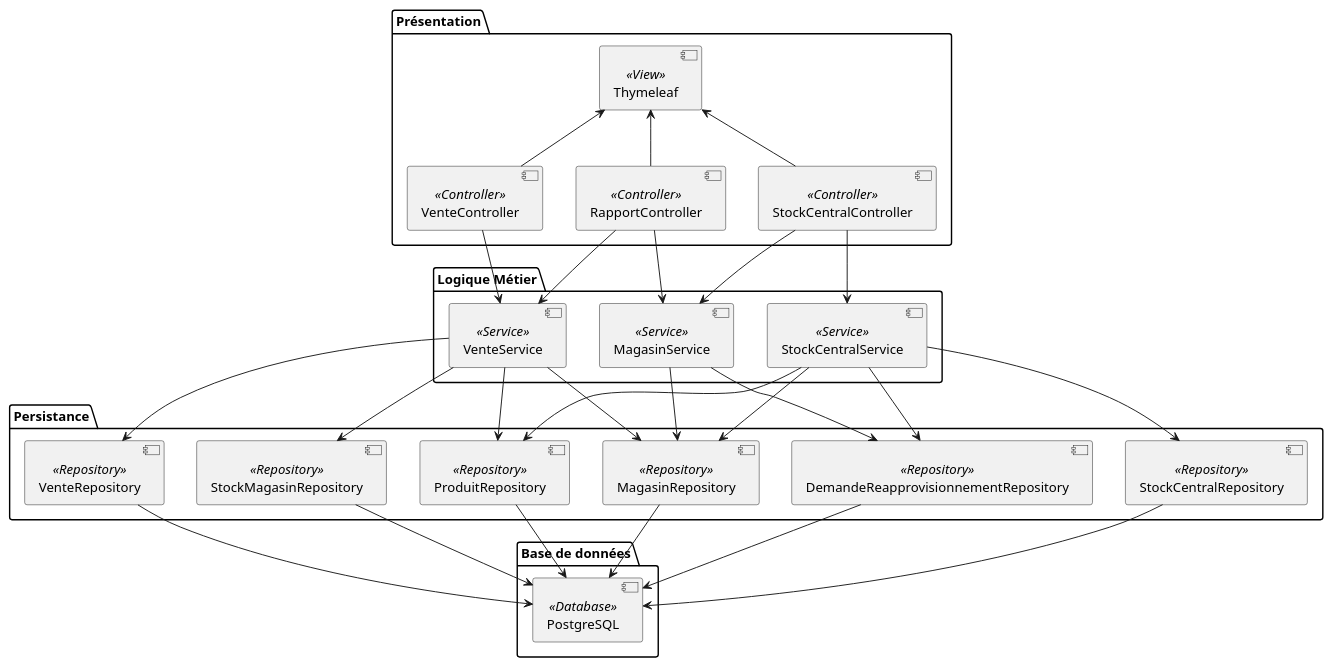
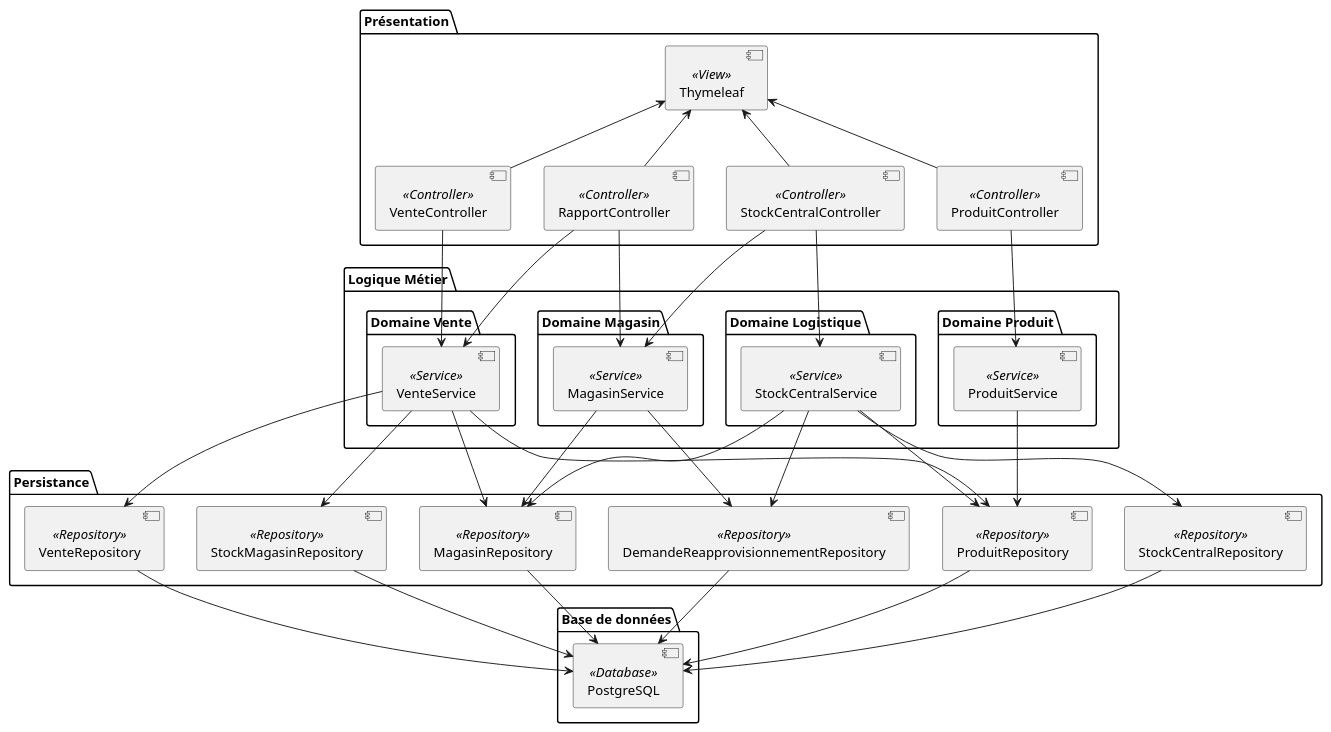
One commit to Anass1707/LOG430-labos changed the diagram in docs/UML/diagrammeComposants.puml. Above: the diagram before and after it, drawn with PlantUML. The commit also changed 4 other files, not shown here.

Commit message:
maj du rapport et ajustement diagramme de composants

```diff
--- a/docs/UML/diagrammeComposants.puml
+++ b/docs/UML/diagrammeComposants.puml
@@ -1,55 +1,68 @@
 @startuml
 
 package "Présentation" {
   [VenteController] <<Controller>>
   [RapportController] <<Controller>>
   [StockCentralController] <<Controller>>
+  [ProduitController] <<Controller>>
   [Thymeleaf] <<View>>
 }
 
 package "Logique Métier" {
-  [MagasinService] <<Service>>
-  [StockCentralService] <<Service>>
-  [VenteService] <<Service>>
+  package "Domaine Magasin" {
+    [MagasinService] <<Service>>
+  }
+  package "Domaine Logistique" {
+    [StockCentralService] <<Service>>
+  }
+  package "Domaine Vente" {
+    [VenteService] <<Service>>
+  }
+  package "Domaine Produit" {
+    [ProduitService] <<Service>>
+  }
 }
 
 package "Persistance" {
   [MagasinRepository] <<Repository>>
   [VenteRepository] <<Repository>>
   [StockCentralRepository] <<Repository>>
   [DemandeReapprovisionnementRepository] <<Repository>>
   [ProduitRepository] <<Repository>>
   [StockMagasinRepository] <<Repository>>
 }
 package "Base de données" {
   [PostgreSQL] <<Database>>
 }
 [VenteController] -up-> [Thymeleaf]
 [RapportController] -up-> [Thymeleaf]
 [StockCentralController] -up-> [Thymeleaf]
+[ProduitController] -up-> [Thymeleaf]
 
 [VenteController] --> [VenteService]
 [RapportController] --> [MagasinService]
 [StockCentralController] --> [MagasinService]
 [RapportController] --> [VenteService]
 [StockCentralController] --> [StockCentralService]
+[ProduitController] --> [ProduitService]
 
 
 [MagasinService] --> [MagasinRepository]
 [MagasinService] --> [DemandeReapprovisionnementRepository]
 [StockCentralService] --> [StockCentralRepository]
 [StockCentralService] --> [DemandeReapprovisionnementRepository]
 [StockCentralService] --> [ProduitRepository]
 [StockCentralService] --> [MagasinRepository]
 [VenteService] --> [VenteRepository]
 [VenteService] --> [MagasinRepository]
 [VenteService] --> [ProduitRepository]
 [VenteService] --> [StockMagasinRepository]
+[ProduitService] --> [ProduitRepository]
 
 [MagasinRepository] --> [PostgreSQL]
 [VenteRepository] --> [PostgreSQL]
 [StockCentralRepository] --> [PostgreSQL]
 [DemandeReapprovisionnementRepository] --> [PostgreSQL]
 [ProduitRepository] --> [PostgreSQL]
 [StockMagasinRepository] --> [PostgreSQL]
 @enduml
```
